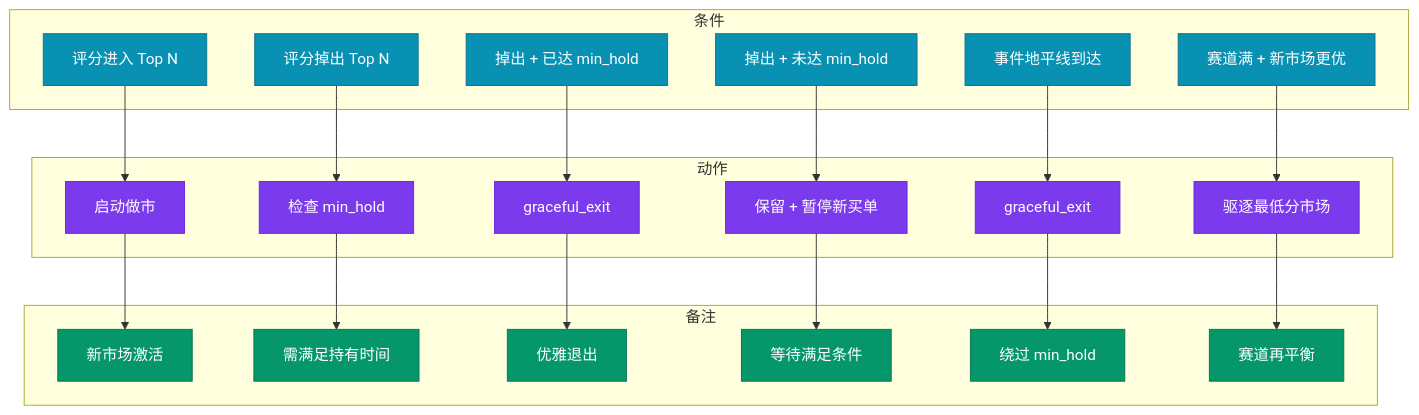
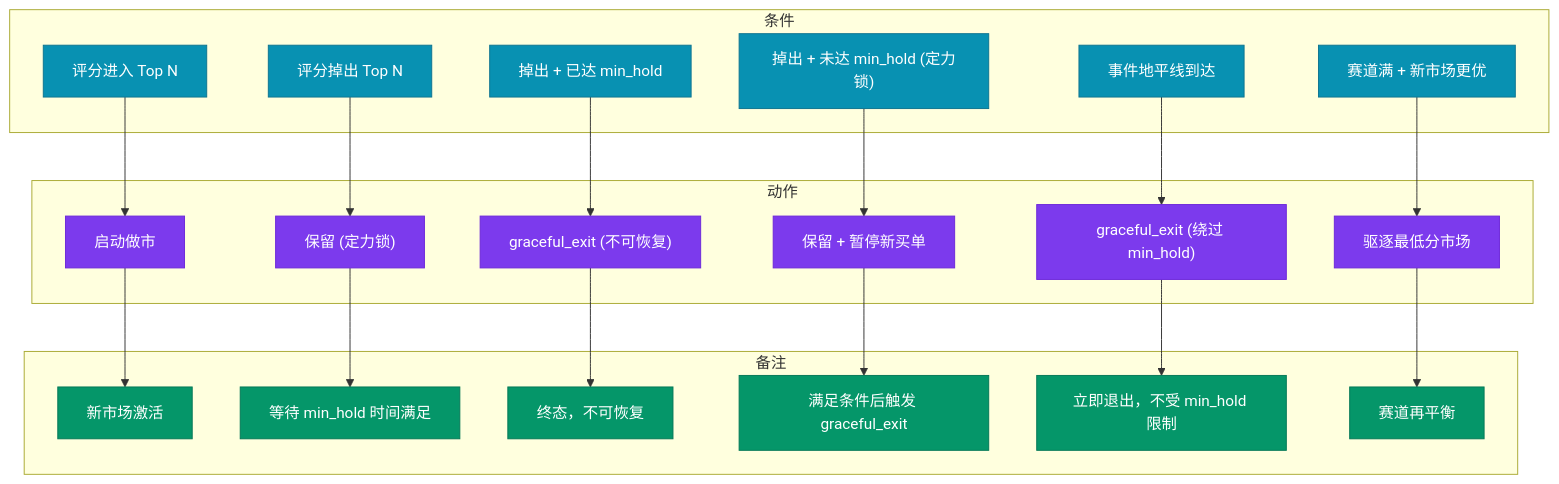
Before and after one commit to liu-kaining/PolyMatrixEngine: the second of 3 diagrams in spec/architecture_diagrams/09_auto_router.md, drawn with Mermaid. The commit also changed other lines of this file and 11 other files, not shown here.

````diff
--- a/spec/architecture_diagrams/09_auto_router.md
+++ b/spec/architecture_diagrams/09_auto_router.md
@@ -136,57 +136,57 @@
 ```mermaid
 %%{init: {'theme': 'base', 'themeVariables': {
   'primaryColor': '#1e3a5f',
   'primaryTextColor': '#ffffff',
   'primaryBorderColor': '#334155',
   'lineColor': '#64748b'
 }}%%
 flowchart TB
     subgraph Conditions["条件"]
         C1["评分进入 Top N"]
         C2["评分掉出 Top N"]
         C3["掉出 + 已达 min_hold"]
-        C4["掉出 + 未达 min_hold"]
+        C4["掉出 + 未达 min_hold (定力锁)"]
         C5["事件地平线到达"]
         C6["赛道满 + 新市场更优"]
     end
 
     subgraph Actions["动作"]
         A1["启动做市"]
-        A2["检查 min_hold"]
-        A3["graceful_exit"]
+        A2["保留 (定力锁)"]
+        A3["graceful_exit (不可恢复)"]
         A4["保留 + 暂停新买单"]
-        A5["graceful_exit"]
+        A5["graceful_exit (绕过 min_hold)"]
         A6["驱逐最低分市场"]
     end
 
     subgraph Notes["备注"]
         N1["新市场激活"]
-        N2["需满足持有时间"]
-        N3["优雅退出"]
-        N4["等待满足条件"]
-        N5["绕过 min_hold"]
+        N2["等待 min_hold 时间满足"]
+        N3["终态，不可恢复"]
+        N4["满足条件后触发 graceful_exit"]
+        N5["立即退出，不受 min_hold 限制"]
         N6["赛道再平衡"]
     end
 
     C1 --> A1
     C2 --> A2
     C3 --> A3
     C4 --> A4
     C5 --> A5
     C6 --> A6
 
     A1 --> N1
     A2 --> N2
     A3 --> N3
     A4 --> N4
     A5 --> N5
     A6 --> N6
 
     classDef cond fill:#0891b2,stroke:#0e7490,color:#fff
     classDef action fill:#7c3aed,stroke:#6d28d9,color:#fff
     classDef note fill:#059669,stroke:#047857,color:#fff
 
     class C1,C2,C3,C4,C5,C6 cond
     class A1,A2,A3,A4,A5,A6 action
     class N1,N2,N3,N4,N5,N6 note
 ```
````
